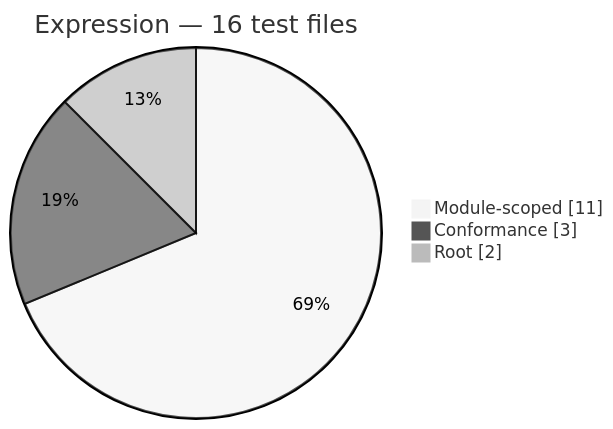
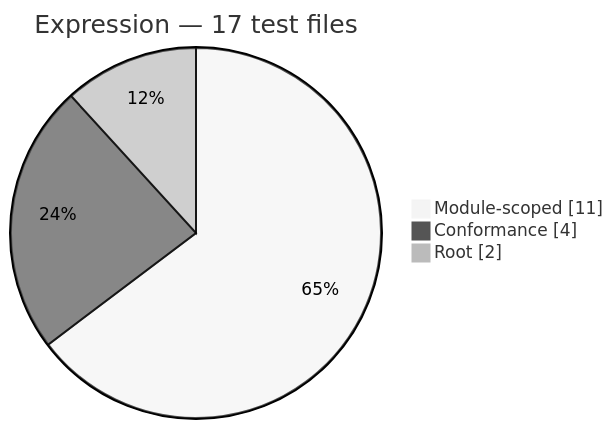
Before and after one commit to Mohammed-Alama/php-arazzo: the second of 12 diagrams in docs/generated/test-composition.md, drawn with Mermaid (neutral theme). The commit also changed other lines of this file and 4 other files, not shown here.

First line of the commit message:
test(expression): add ABNF differential test and divergence register (#146)

````diff
--- a/docs/generated/test-composition.md
+++ b/docs/generated/test-composition.md
@@ -28,7 +28,7 @@
 ```mermaid
 pie showData
-    title Expression — 16 test files
+    title Expression — 17 test files
     "Module-scoped": 11
-    "Conformance": 3
+    "Conformance": 4
     "Root": 2
 ```
````
